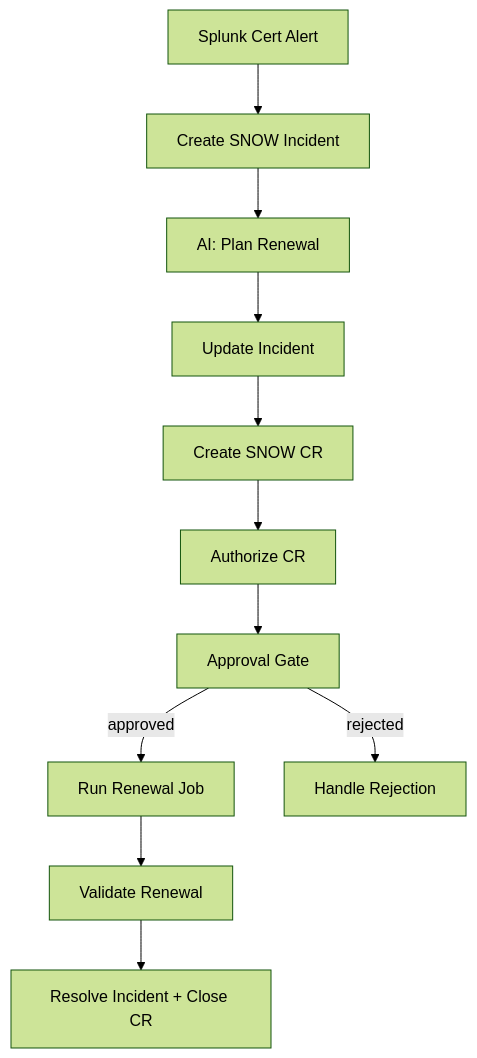
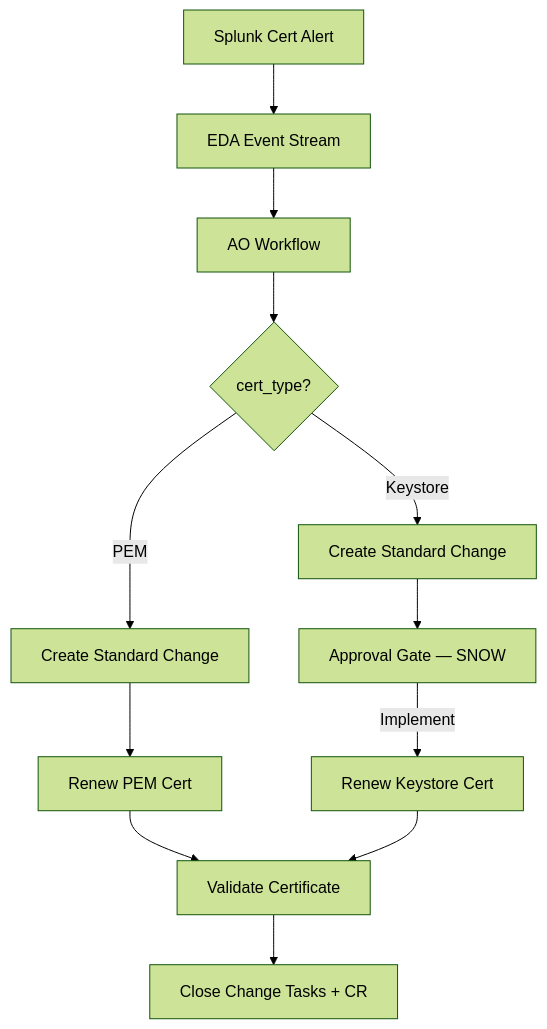
Before and after one commit to crenwick93/ao-cert-rotation: the diagram in README.md, drawn with Mermaid (forest theme). The commit also changed other lines of this file, not shown here.

Commit message:
docs: update README to reflect current demo (no AI, standard changes, new script names)

````diff
--- a/README.md
+++ b/README.md
@@ -20,13 +25,14 @@
 ```mermaid
 flowchart TD
-  A[Splunk Cert Alert] --> B[Create SNOW Incident]
-  B --> C[AI: Plan Renewal]
-  C --> D[Update Incident]
-  D --> E[Create SNOW CR]
-  E --> F[Authorize CR]
-  F --> G[Approval Gate]
-  G -->|approved| H[Run Renewal Job]
-  G -->|rejected| I[Handle Rejection]
-  H --> J[Validate Renewal]
-  J --> K[Resolve Incident + Close CR]
+  A[Splunk Cert Alert] --> B[EDA Event Stream]
+  B --> C[AO Workflow]
+  C --> D{cert_type?}
+  D -->|PEM| E[Create Standard Change]
+  D -->|Keystore| F[Create Standard Change]
+  F --> G[Approval Gate — SNOW]
+  G -->|Implement| H[Renew Keystore Cert]
+  E --> I[Renew PEM Cert]
+  I --> J[Validate Certificate]
+  H --> J
+  J --> K[Close Change Tasks + CR]
 ```
````
